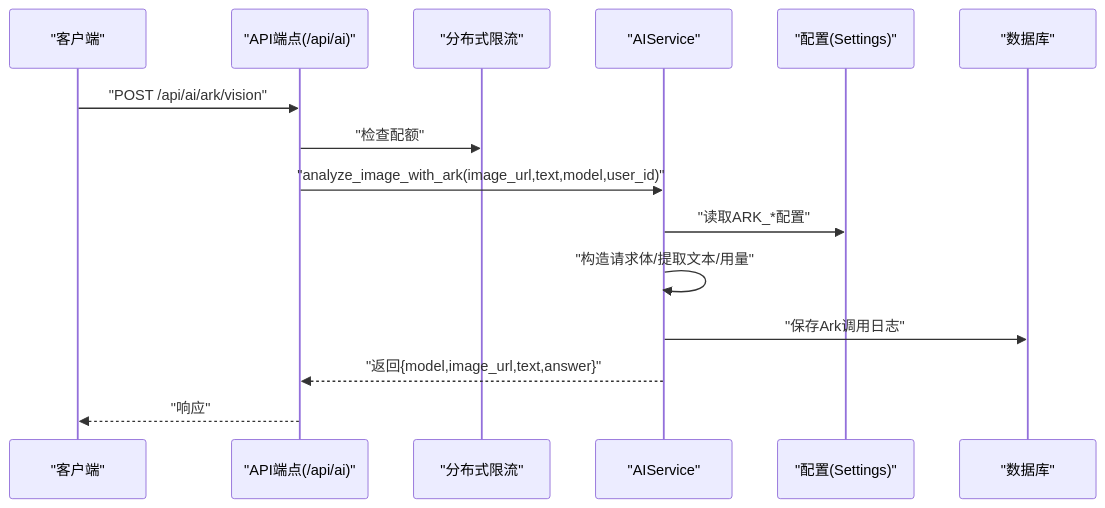
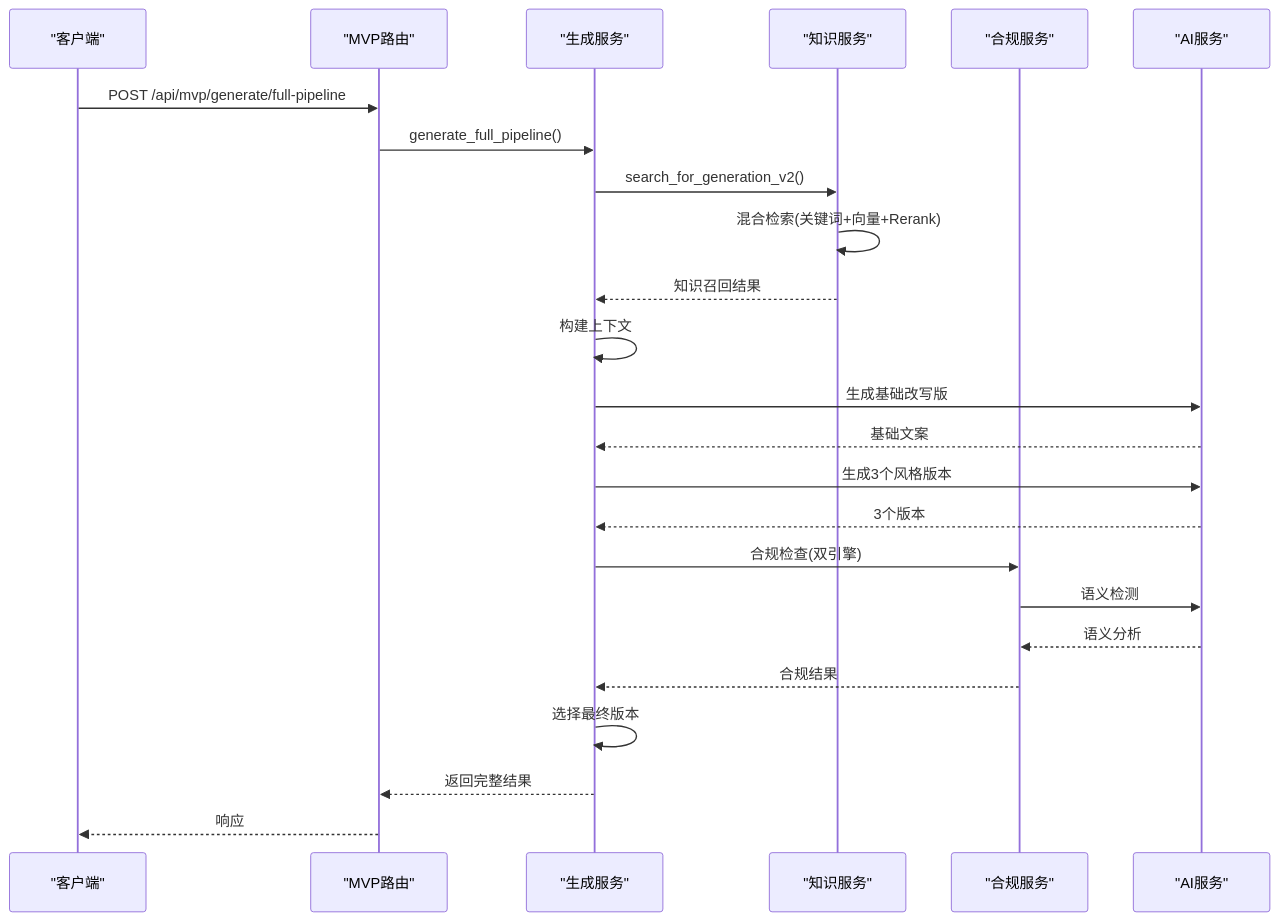
One commit to dream-ze/AI_huoke- changed the fourth of 7 diagrams in .qoder/repowiki/zh/content/AI内容处理系统/AI内容处理系统.md. Above: the diagram before and after it, drawn with Mermaid. The commit also changed other lines of this file and 25 other files, not shown here.

````diff
--- a/.qoder/repowiki/zh/content/AI内容处理系统/AI内容处理系统.md
+++ b/.qoder/repowiki/zh/content/AI内容处理系统/AI内容处理系统.md
@@ -118,17 +252,26 @@
 ```mermaid
 sequenceDiagram
 participant Client as "客户端"
-participant API as "API端点(/api/ai)"
-participant Limiter as "分布式限流"
-participant Service as "AIService"
-participant Config as "配置(Settings)"
-participant DB as "数据库"
-Client->>API : "POST /api/ai/ark/vision"
-API->>Limiter : "检查配额"
-API->>Service : "analyze_image_with_ark(image_url,text,model,user_id)"
-Service->>Config : "读取ARK_*配置"
-Service->>Service : "构造请求体/提取文本/用量"
-Service->>DB : "保存Ark调用日志"
-Service-->>API : "返回{model,image_url,text,answer}"
-API-->>Client : "响应"
+participant API as "MVP路由"
+participant GenSvc as "生成服务"
+participant KnowSvc as "知识服务"
+participant CompSvc as "合规服务"
+participant AISvc as "AI服务"
+Client->>API : POST /api/mvp/generate/full-pipeline
+API->>GenSvc : generate_full_pipeline()
+GenSvc->>KnowSvc : search_for_generation_v2()
+KnowSvc->>KnowSvc : 混合检索(关键词+向量+Rerank)
+KnowSvc-->>GenSvc : 知识召回结果
+GenSvc->>GenSvc : 构建上下文
+GenSvc->>AISvc : 生成基础改写版
+AISvc-->>GenSvc : 基础文案
+GenSvc->>AISvc : 生成3个风格版本
+AISvc-->>GenSvc : 3个版本
+GenSvc->>CompSvc : 合规检查(双引擎)
+CompSvc->>AISvc : 语义检测
+AISvc-->>CompSvc : 语义分析
+CompSvc-->>GenSvc : 合规结果
+GenSvc->>GenSvc : 选择最终版本
+GenSvc-->>API : 返回完整结果
+API-->>Client : 响应
 ```
````
